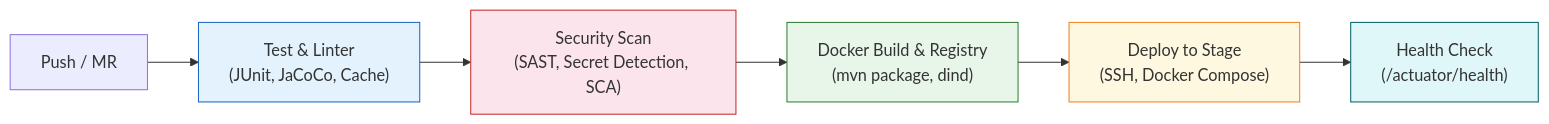
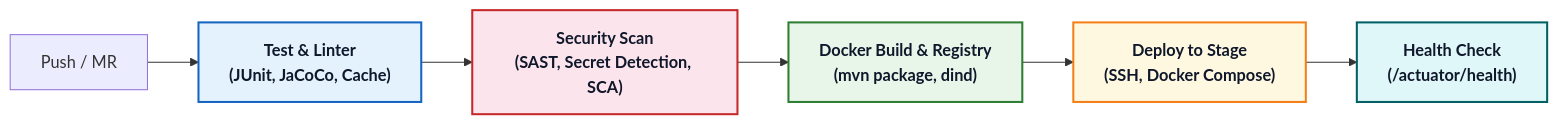
Before and after one commit to sseytbekov14/OrgStructure: the second of 2 diagrams in docs/sar/03_infrastructure_and_devsecops.md, drawn with Mermaid. The commit also changed other lines of this file and 4 other files, not shown here.

````diff
--- a/docs/sar/03_infrastructure_and_devsecops.md
+++ b/docs/sar/03_infrastructure_and_devsecops.md
@@ -173,21 +173,21 @@
 ```mermaid
 flowchart LR
     TRIGGER["Push / MR"]
     TEST["Test & Linter\n(JUnit, JaCoCo, Cache)"]
     SEC["Security Scan\n(SAST, Secret Detection, SCA)"]
     BUILD["Docker Build & Registry\n(mvn package, dind)"]
     DEPLOY["Deploy to Stage\n(SSH, Docker Compose)"]
     HEALTH["Health Check\n(/actuator/health)"]
 
     TRIGGER --> TEST
     TEST --> SEC
     SEC --> BUILD
     BUILD --> DEPLOY
     DEPLOY --> HEALTH
 
-    style TEST fill:#e3f2fd,stroke:#1565c0
-    style SEC fill:#fce4ec,stroke:#c62828
-    style BUILD fill:#e8f5e9,stroke:#2e7d32
-    style DEPLOY fill:#fff8e1,stroke:#f57f17
-    style HEALTH fill:#e0f7fa,stroke:#006064
+    style TEST fill:#e3f2fd,stroke:#1565c0,color:#0f172a,stroke-width:2px,font-weight:bold
+    style SEC fill:#fce4ec,stroke:#c62828,color:#0f172a,stroke-width:2px,font-weight:bold
+    style BUILD fill:#e8f5e9,stroke:#2e7d32,color:#0f172a,stroke-width:2px,font-weight:bold
+    style DEPLOY fill:#fff8e1,stroke:#f57f17,color:#0f172a,stroke-width:2px,font-weight:bold
+    style HEALTH fill:#e0f7fa,stroke:#006064,color:#0f172a,stroke-width:2px,font-weight:bold
 ```
````
